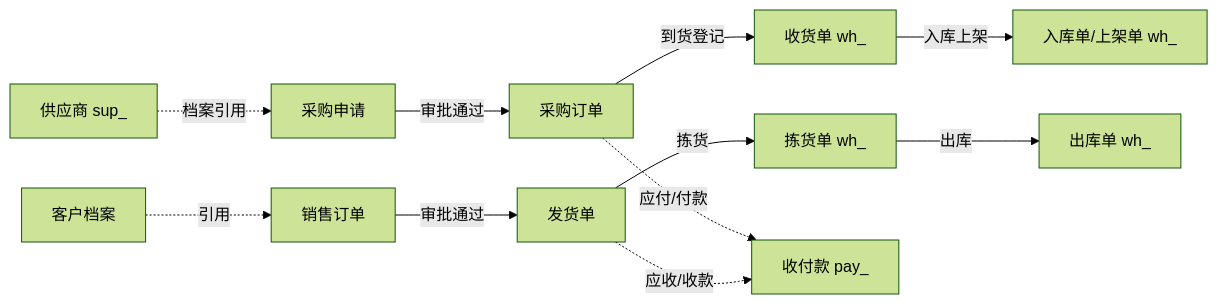
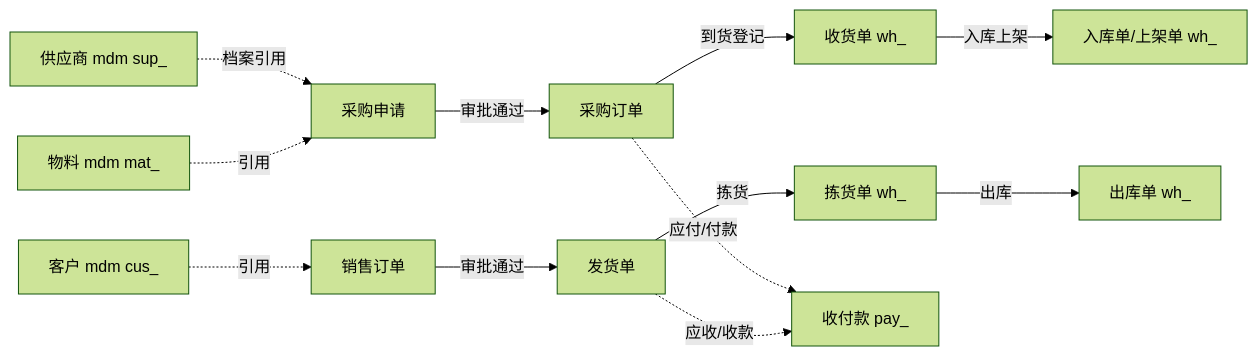
Before and after one commit to minjian123/business-operation-management: the second of 2 diagrams in biz文档/规划/biz企业运营管理规划.md, drawn with Mermaid (forest theme). The commit also changed other lines of this file and 7 other files, not shown here.

First line of the commit message:
refactor(biz): 供应商/客户/物料主数据改引用 mdm 产品

````diff
--- a/biz文档/规划/biz企业运营管理规划.md
+++ b/biz文档/规划/biz企业运营管理规划.md
@@ -169,13 +176,14 @@
 ```mermaid
 flowchart LR
     PO[采购申请] -->|审批通过| PORDER[采购订单]
     PORDER -->|到货登记| RCV[收货单 wh_]
     RCV -->|入库上架| IN[入库单/上架单 wh_]
     SO[销售订单] -->|审批通过| DEL[发货单]
     DEL -->|拣货| PICK[拣货单 wh_]
     PICK -->|出库| OUT[出库单 wh_]
     PORDER -.->|应付/付款| PAY[收付款 pay_]
     DEL -.->|应收/收款| PAY
-    PURCHASE[供应商 sup_] -.->|档案引用| PO
-    CUST[客户档案] -.->|引用| SO
+    PURCHASE[供应商 mdm sup_] -.->|档案引用| PO
+    CUST[客户 mdm cus_] -.->|引用| SO
+    MATM[物料 mdm mat_] -.->|引用| PO
 ```
````
